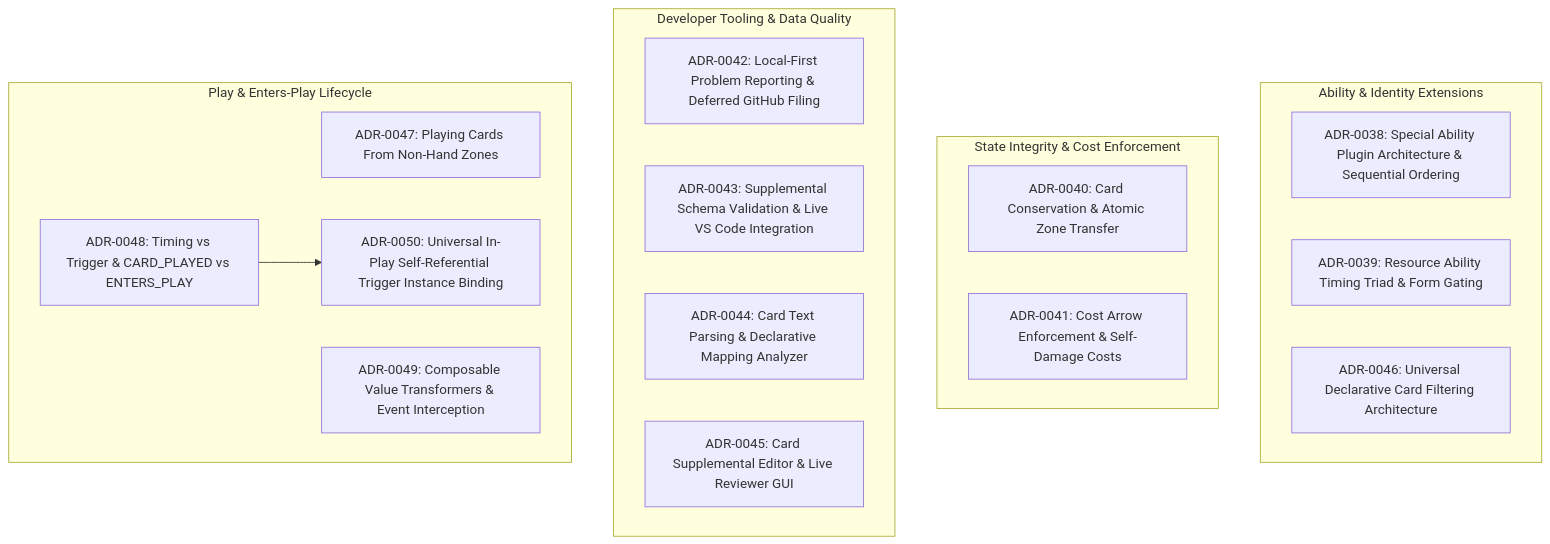
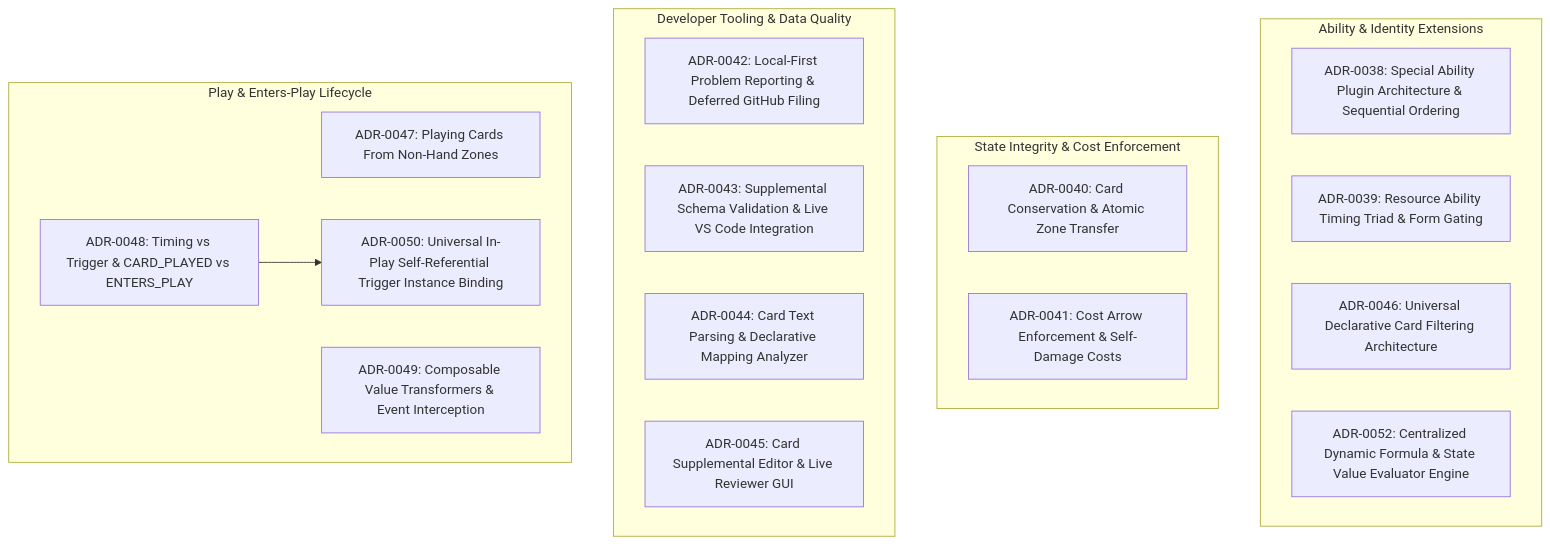
One commit to SteveRodrigue/MCD changed the sixth of 6 diagrams in docs/decisions/README.md. Above: the diagram before and after it, drawn with Mermaid. The commit also changed other lines of this file and 15 other files, not shown here.

First line of the commit message:
feat(engine): centralize dynamic formula evaluator & migrate amountFormula (#36)

````diff
--- a/docs/decisions/README.md
+++ b/docs/decisions/README.md
@@ -101,23 +101,24 @@
 ```mermaid
 graph TD
     subgraph Abilities["Ability & Identity Extensions"]
         ADR38["ADR-0038: Special Ability Plugin Architecture & Sequential Ordering"]
         ADR39["ADR-0039: Resource Ability Timing Triad & Form Gating"]
         ADR46["ADR-0046: Universal Declarative Card Filtering Architecture"]
+        ADR52["ADR-0052: Centralized Dynamic Formula & State Value Evaluator Engine"]
     end
     subgraph Integrity["State Integrity & Cost Enforcement"]
         ADR40["ADR-0040: Card Conservation & Atomic Zone Transfer"]
         ADR41["ADR-0041: Cost Arrow Enforcement & Self-Damage Costs"]
     end
     subgraph DevTooling["Developer Tooling & Data Quality"]
         ADR42["ADR-0042: Local-First Problem Reporting & Deferred GitHub Filing"]
         ADR43["ADR-0043: Supplemental Schema Validation & Live VS Code Integration"]
         ADR44["ADR-0044: Card Text Parsing & Declarative Mapping Analyzer"]
         ADR45["ADR-0045: Card Supplemental Editor & Live Reviewer GUI"]
     end
     subgraph Lifecycle["Play & Enters-Play Lifecycle"]
         ADR47["ADR-0047: Playing Cards From Non-Hand Zones"]
         ADR48["ADR-0048: Timing vs Trigger & CARD_PLAYED vs ENTERS_PLAY"] --> ADR50["ADR-0050: Universal In-Play Self-Referential Trigger Instance Binding"]
         ADR49["ADR-0049: Composable Value Transformers & Event Interception"]
     end
 ```
````
